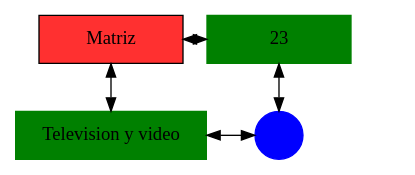
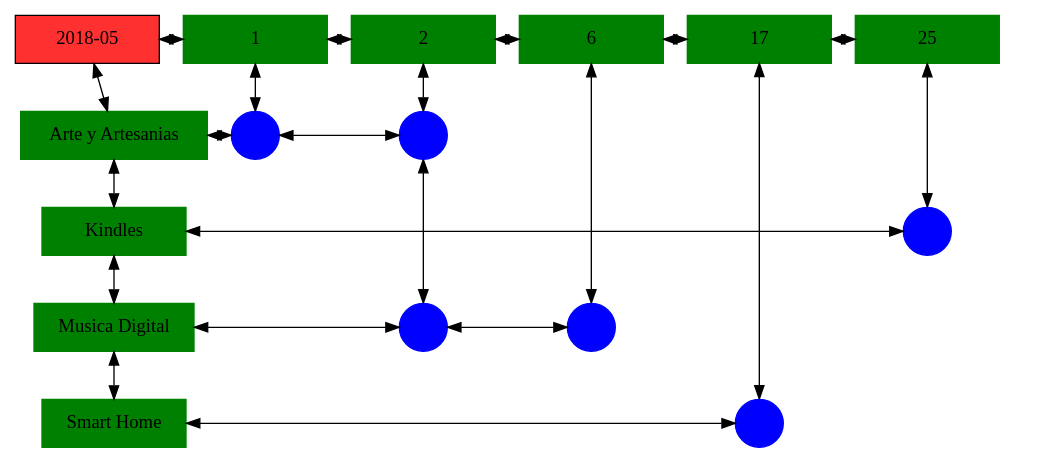
Before and after one commit to EDD20S2-201807435/EDD_VirtualMall_201807435: the diagram in Servidor/src/2018-05/2018-05.dot, drawn with Graphviz. The commit also changed 641 other files, not shown here.

```diff
--- a/Servidor/src/2018-05/2018-05.dot
+++ b/Servidor/src/2018-05/2018-05.dot
@@ -1,15 +1,53 @@
 digraph G{
 node[shape="box"];
-nodeMt[ label = "Matriz", width = 1.5, style = filled, fillcolor = firebrick1, group = 1 ];
+nodeMt[ label = "2018-05", width = 1.5, style = filled, fillcolor = firebrick1, group = 1 ];
 e0[ shape = point, width = 0 ];
 e1[ shape = point, width = 0 ];
-node0xc0000acb90[label="23",color=green,style =filled,width = 1.5 group=23];
-nodeMt->node0xc0000acb90[dir="both"];
-{rank=same;nodeMt;node0xc0000acb90;}
-node0xc0000acb40[label="Television y video",color=green,style =filled width = 1.5 group=1];
-node0xc0000bea00[label="",color=blue,style =filled, width = 0.5 group=23 shape=circle];
-node0xc0000acb40->node0xc0000bea00[dir="both"];
-{rank=same;node0xc0000acb40;node0xc0000bea00;}
-node0xc0000acb90->node0xc0000bea00[dir="both"];
-nodeMt->node0xc0000acb40[dir="both"];
+node0xc00224d3b0[label="1",color=green,style =filled,width = 1.5 group=1];
+nodeMt->node0xc00224d3b0[dir="both"];
+{rank=same;nodeMt;node0xc00224d3b0;}
+node0xc001f23ea0[label="2",color=green,style =filled,width = 1.5 group=2];
+node0xc00224d3b0->node0xc001f23ea0[dir="both"];
+{rank=same;node0xc00224d3b0;node0xc001f23ea0;}
+node0xc002062140[label="6",color=green,style =filled,width = 1.5 group=6];
+node0xc001f23ea0->node0xc002062140[dir="both"];
+{rank=same;node0xc001f23ea0;node0xc002062140;}
+node0xc0021366e0[label="17",color=green,style =filled,width = 1.5 group=17];
+node0xc002062140->node0xc0021366e0[dir="both"];
+{rank=same;node0xc002062140;node0xc0021366e0;}
+node0xc001eca190[label="25",color=green,style =filled,width = 1.5 group=25];
+node0xc0021366e0->node0xc001eca190[dir="both"];
+{rank=same;node0xc0021366e0;node0xc001eca190;}
+node0xc001f23e50[label="Arte y Artesanias",color=green,style =filled width = 1.5 group=1];
+node0xc002247b80[label="",color=blue,style =filled, width = 0.5 group=1 shape=circle];
+node0xc001f23e50->node0xc002247b80[dir="both"];
+{rank=same;node0xc001f23e50;node0xc002247b80;}
+node0xc001f28380[label="",color=blue,style =filled, width = 0.5 group=2 shape=circle];
+node0xc002247b80->node0xc001f28380[dir="both"];
+{rank=same;node0xc001f28380;node0xc002247b80;}
+node0xc001eca140[label="Kindles",color=green,style =filled width = 1.5 group=1];
+node0xc001ebdb00[label="",color=blue,style =filled, width = 0.5 group=25 shape=circle];
+node0xc001eca140->node0xc001ebdb00[dir="both"];
+{rank=same;node0xc001eca140;node0xc001ebdb00;}
+node0xc0020620f0[label="Musica Digital",color=green,style =filled width = 1.5 group=1];
+node0xc0021ea700[label="",color=blue,style =filled, width = 0.5 group=2 shape=circle];
+node0xc0020620f0->node0xc0021ea700[dir="both"];
+{rank=same;node0xc0020620f0;node0xc0021ea700;}
+node0xc00204d980[label="",color=blue,style =filled, width = 0.5 group=6 shape=circle];
+node0xc0021ea700->node0xc00204d980[dir="both"];
+{rank=same;node0xc00204d980;node0xc0021ea700;}
+node0xc002136690[label="Smart Home",color=green,style =filled width = 1.5 group=1];
+node0xc00212b800[label="",color=blue,style =filled, width = 0.5 group=17 shape=circle];
+node0xc002136690->node0xc00212b800[dir="both"];
+{rank=same;node0xc002136690;node0xc00212b800;}
+node0xc00224d3b0->node0xc002247b80[dir="both"];
+node0xc001f23ea0->node0xc001f28380[dir="both"];
+node0xc001f28380->node0xc0021ea700[dir="both"];
+node0xc002062140->node0xc00204d980[dir="both"];
+node0xc0021366e0->node0xc00212b800[dir="both"];
+node0xc001eca190->node0xc001ebdb00[dir="both"];
+nodeMt->node0xc001f23e50[dir="both"];
+node0xc001f23e50->node0xc001eca140[dir="both"];
+node0xc001eca140->node0xc0020620f0[dir="both"];
+node0xc0020620f0->node0xc002136690[dir="both"];
 }
```
